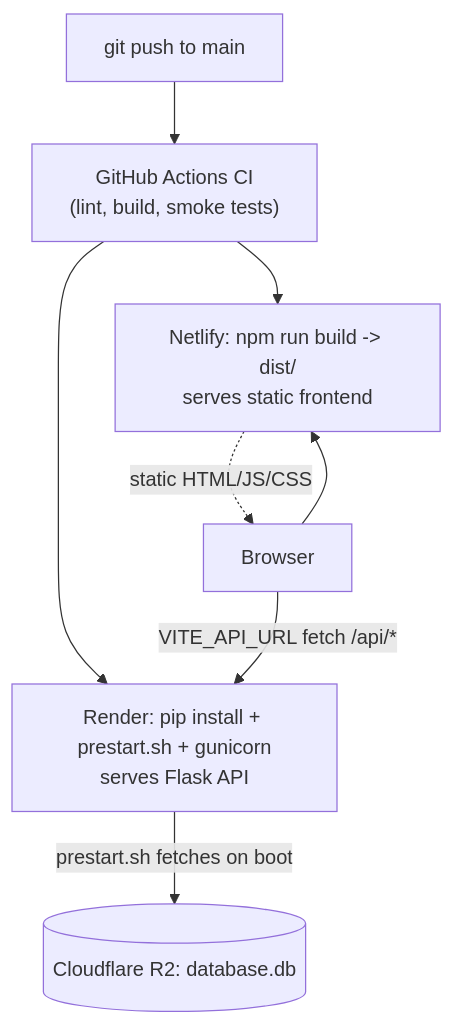
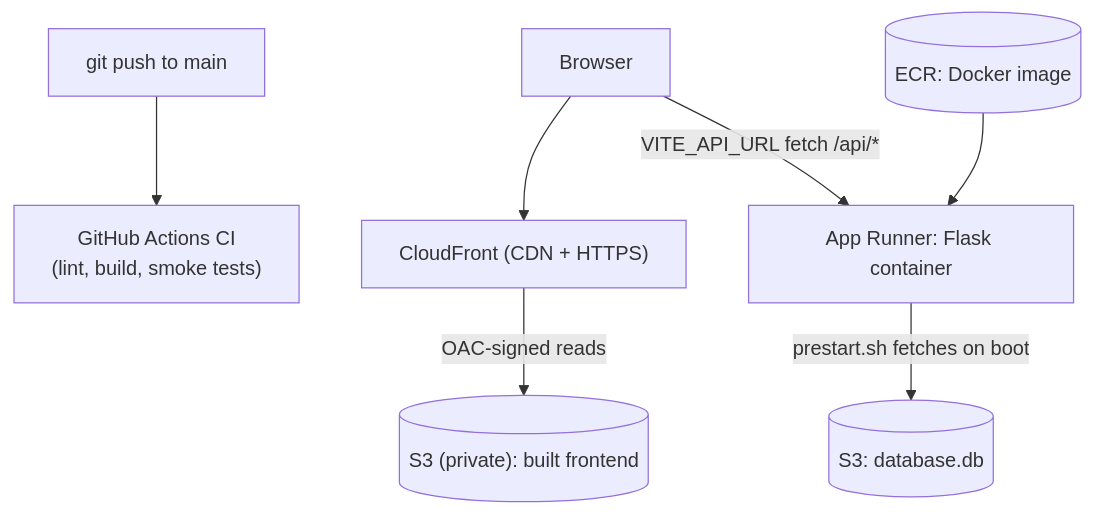
One commit to hiruykassa/ask-the-church-fathers changed the first of 2 diagrams in docs/walkthrough/11-deploy-ci.md. Above: the diagram before and after it, drawn with Mermaid. The commit also changed other lines of this file and 10 other files, not shown here.

````diff
--- a/docs/walkthrough/11-deploy-ci.md
+++ b/docs/walkthrough/11-deploy-ci.md
@@ -11,10 +13,9 @@
 ```mermaid
 flowchart TD
   dev["git push to main"] --> ci["GitHub Actions CI<br/>(lint, build, smoke tests)"]
-  ci --> netlify["Netlify: npm run build -> dist/<br/>serves static frontend"]
-  ci --> render["Render: pip install + prestart.sh + gunicorn<br/>serves Flask API"]
-  browser["Browser"] --> netlify
-  netlify -.->|"static HTML/JS/CSS"| browser
-  browser -->|"VITE_API_URL fetch /api/*"| render
-  render -->|"prestart.sh fetches on boot"| r2[("Cloudflare R2: database.db")]
+  browser["Browser"] --> cf["CloudFront (CDN + HTTPS)"]
+  cf -->|"OAC-signed reads"| s3f[("S3 (private): built frontend")]
+  browser -->|"VITE_API_URL fetch /api/*"| ar["App Runner: Flask container"]
+  ar -->|"prestart.sh fetches on boot"| s3db[("S3: database.db")]
+  ecr[("ECR: Docker image")] --> ar
 ```
````
